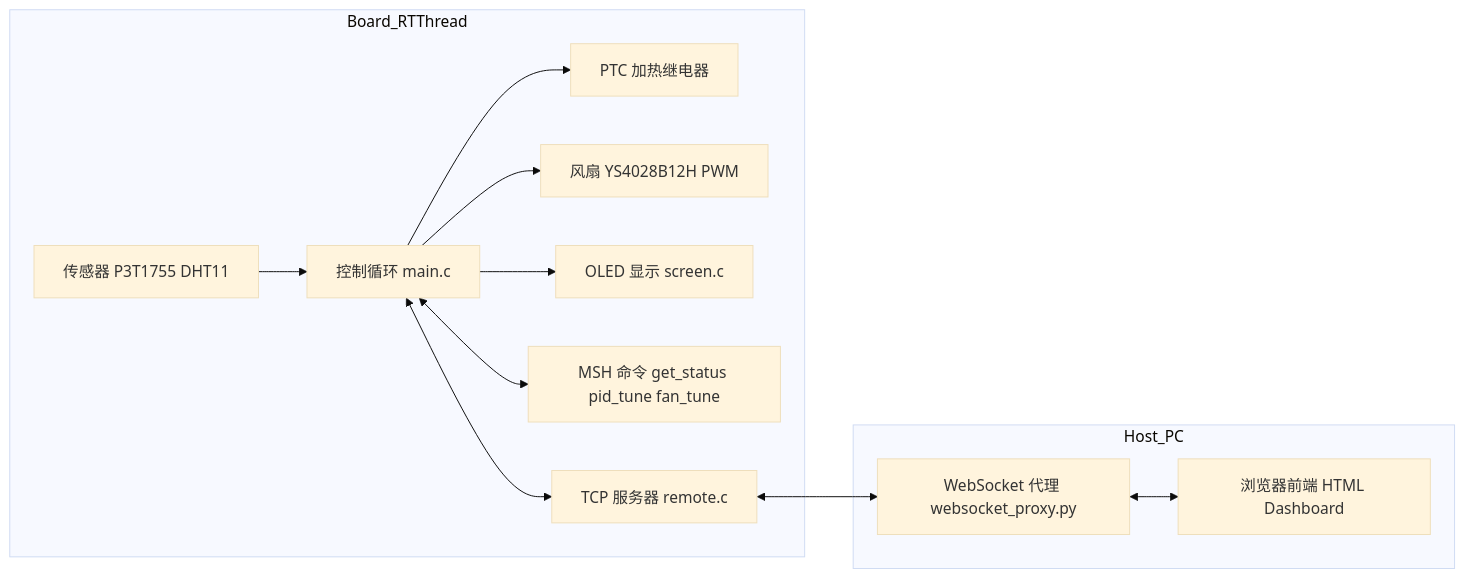
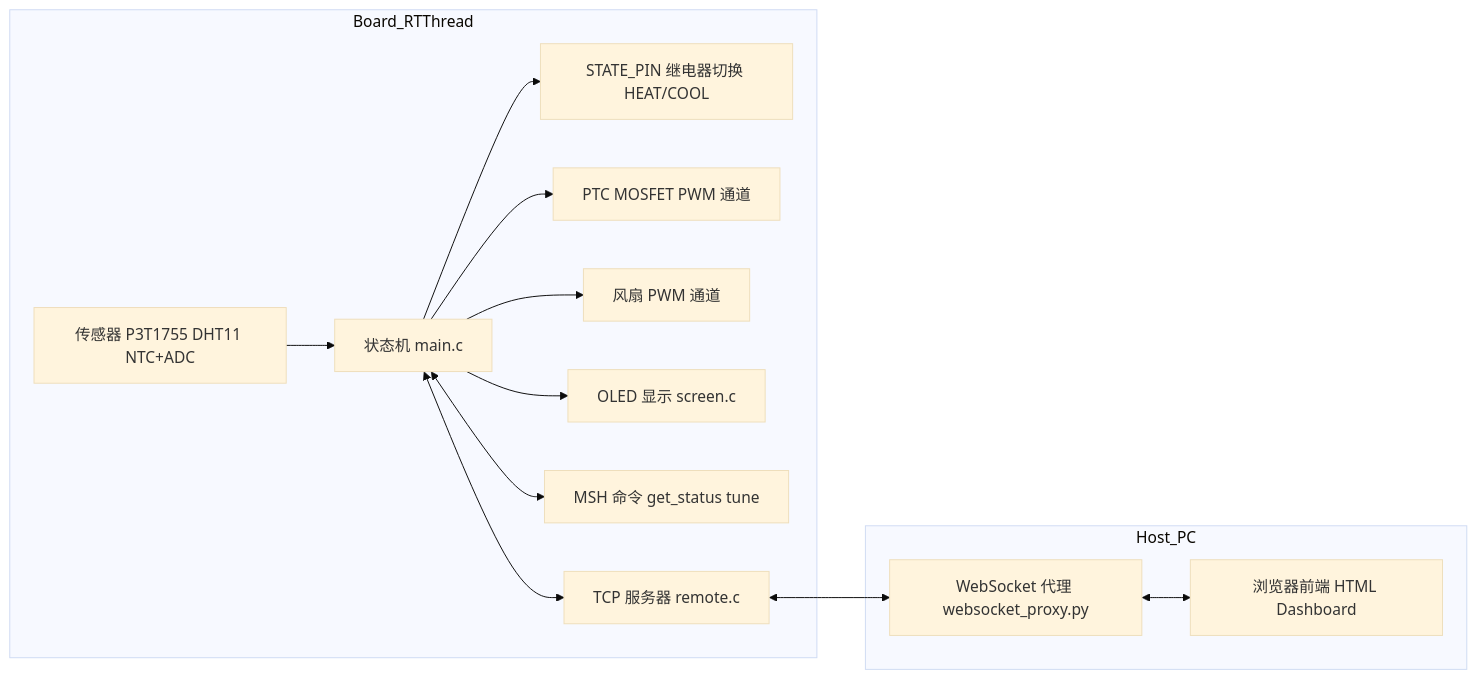
Before and after one commit to Cylopsis/Little-TempControled-Box: the diagram in README.md, drawn with Mermaid (base theme). The commit also changed other lines of this file and 2 other files, not shown here.

````diff
--- a/README.md
+++ b/README.md
@@ -43,16 +50,17 @@
 ```mermaid
 flowchart LR
   subgraph Board_RTThread
-    A[传感器 P3T1755 DHT11] --> B[控制循环 main.c]
-    B --> C[PTC 加热继电器]
-    B --> D[风扇 YS4028B12H PWM]
-    B --> E[OLED 显示 screen.c]
-    B <--> F[MSH 命令 get_status pid_tune fan_tune]
-    B <--> G[TCP 服务器 remote.c]
+    A[传感器 P3T1755 DHT11 NTC+ADC] --> B[状态机 main.c]
+    B --> C[STATE_PIN 继电器切换 HEAT/COOL]
+    B --> D[PTC MOSFET PWM 通道]
+    B --> E[风扇 PWM 通道]
+    B --> F[OLED 显示 screen.c]
+    B <--> G[MSH 命令 get_status tune]
+    B <--> H[TCP 服务器 remote.c]
   end
 
   subgraph Host_PC
-    G <--> H[WebSocket 代理 websocket_proxy.py]
-    H <--> I[浏览器前端 HTML Dashboard]
+    H <--> I[WebSocket 代理 websocket_proxy.py]
+    I <--> J[浏览器前端 HTML Dashboard]
   end
 ```
````
